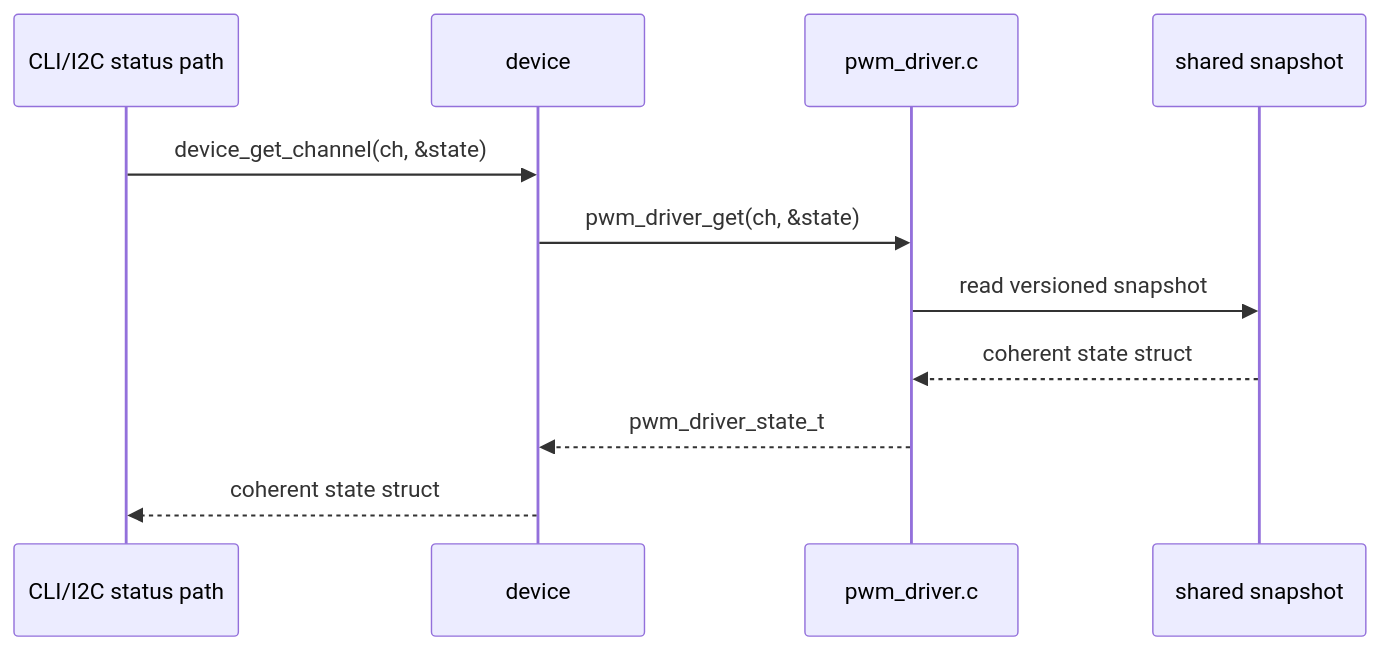
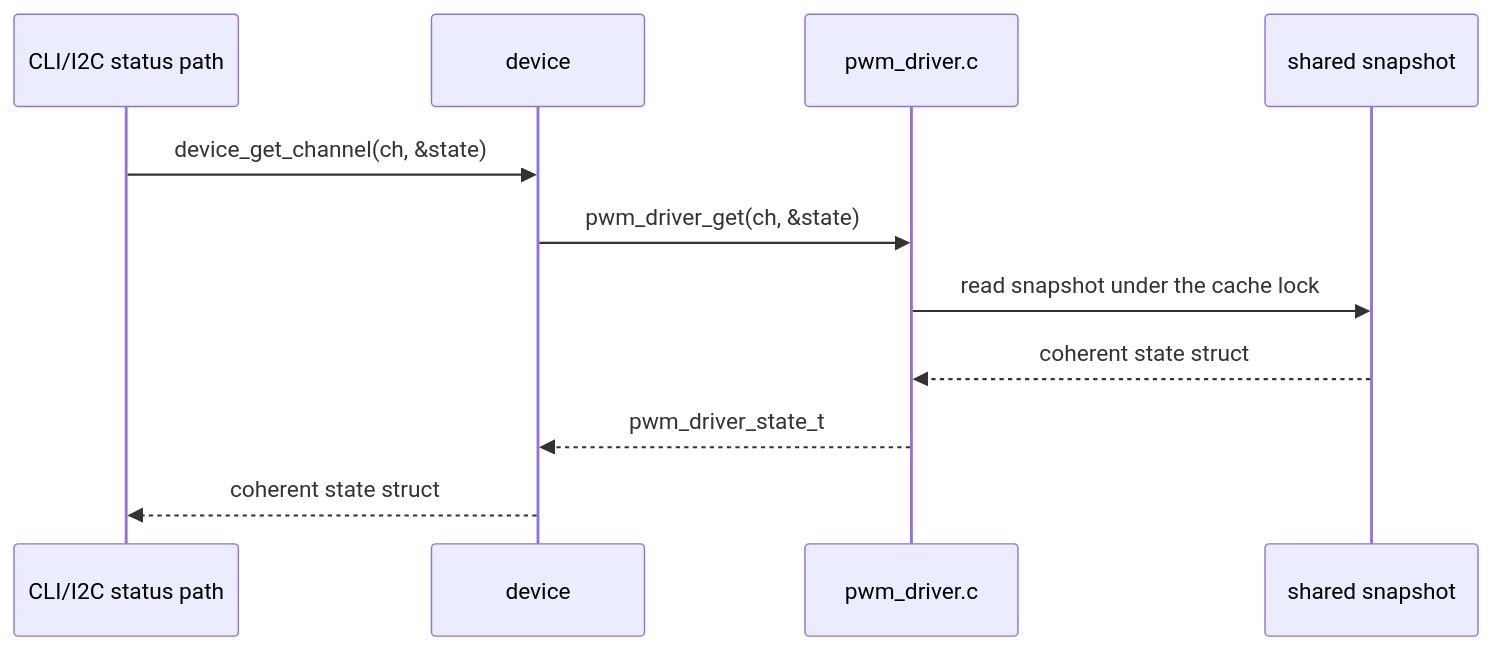
One commit to djwinter29-oss/PicoPWM changed the seventh of 7 diagrams in docs/design/pwm_driver_design.md. Above: the diagram before and after it, drawn with Mermaid. The commit also changed other lines of this file and 36 other files, not shown here.

````diff
--- a/docs/design/pwm_driver_design.md
+++ b/docs/design/pwm_driver_design.md
@@ -358,14 +358,14 @@
 ```mermaid
 sequenceDiagram
     participant UI as CLI/I2C status path
     participant CTL as device
     participant WR as pwm_driver.c
     participant SS as shared snapshot
 
     UI->>CTL: device_get_channel(ch, &state)
     CTL->>WR: pwm_driver_get(ch, &state)
-    WR->>SS: read versioned snapshot
+    WR->>SS: read snapshot under the cache lock
     SS-->>WR: coherent state struct
     WR-->>CTL: pwm_driver_state_t
     CTL-->>UI: coherent state struct
 ```
````
